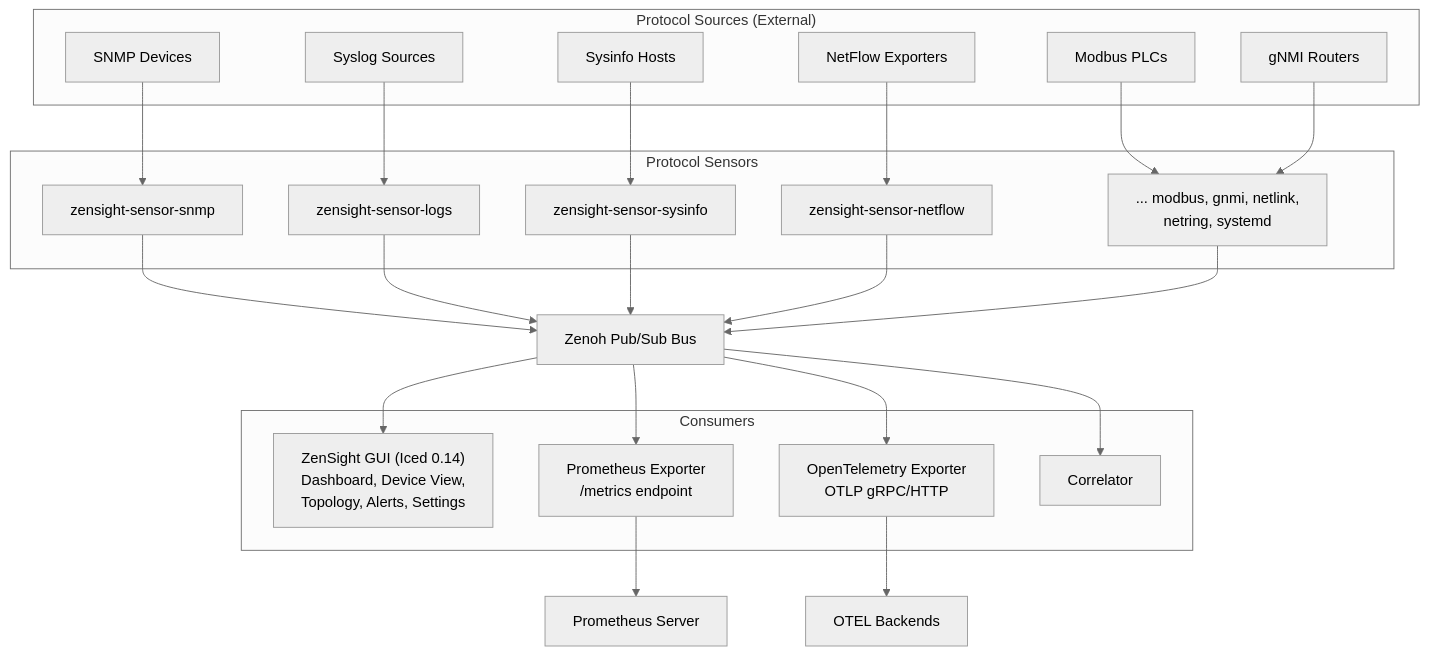
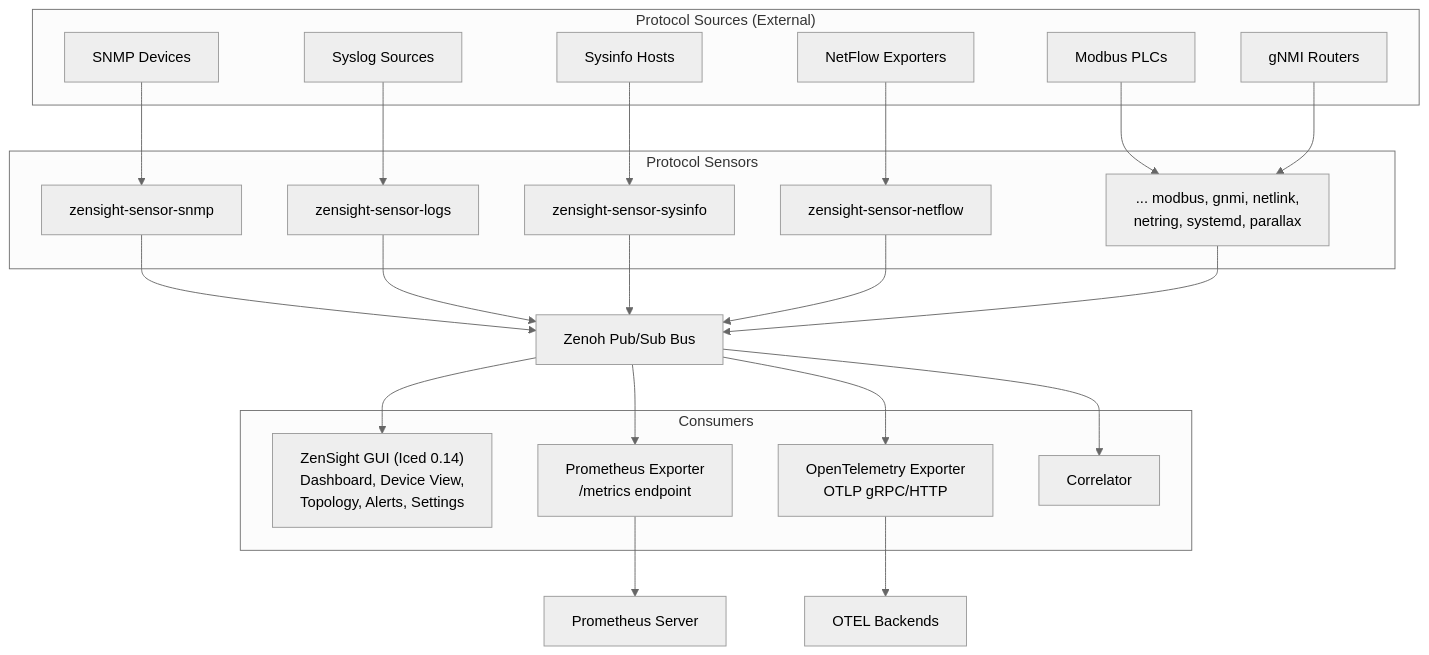
Before and after one commit to p13marc/zensight: the first of 8 diagrams in docs/ARCHITECTURE.md, drawn with Mermaid (neutral theme). The commit also changed other lines of this file and 2 other files, not shown here.

First line of the commit message:
docs: parallax sensor + media plane cross-references (#402)

````diff
--- a/docs/ARCHITECTURE.md
+++ b/docs/ARCHITECTURE.md
@@ -7,49 +7,49 @@
 ```mermaid
 flowchart TD
     subgraph Sources["Protocol Sources (External)"]
         SNMPDev["SNMP Devices"]
         SyslogSrc["Syslog Sources"]
         SysinfoHosts["Sysinfo Hosts"]
         NetFlowExp["NetFlow Exporters"]
         ModbusPLC["Modbus PLCs"]
         GnmiRouters["gNMI Routers"]
     end
 
     subgraph Sensors["Protocol Sensors"]
         SnmpSensor["zensight-sensor-snmp"]
         LogsSensor["zensight-sensor-logs"]
         SysinfoSensor["zensight-sensor-sysinfo"]
         NetflowSensor["zensight-sensor-netflow"]
-        OtherSensors["... modbus, gnmi, netlink,<br/>netring, systemd"]
+        OtherSensors["... modbus, gnmi, netlink,<br/>netring, systemd, parallax"]
     end
 
     SNMPDev --> SnmpSensor
     SyslogSrc --> LogsSensor
     SysinfoHosts --> SysinfoSensor
     NetFlowExp --> NetflowSensor
     ModbusPLC --> OtherSensors
     GnmiRouters --> OtherSensors
 
     Bus["Zenoh Pub/Sub Bus"]
 
     SnmpSensor --> Bus
     LogsSensor --> Bus
     SysinfoSensor --> Bus
     NetflowSensor --> Bus
     OtherSensors --> Bus
 
     subgraph Consumers["Consumers"]
         GUI["ZenSight GUI (Iced 0.14)<br/>Dashboard, Device View,<br/>Topology, Alerts, Settings"]
         Prom["Prometheus Exporter<br/>/metrics endpoint"]
         OTel["OpenTelemetry Exporter<br/>OTLP gRPC/HTTP"]
         Correlator["Correlator"]
     end
 
     Bus --> GUI
     Bus --> Prom
     Bus --> OTel
     Bus --> Correlator
 
     Prom --> PromServer["Prometheus Server"]
     OTel --> OTelBackend["OTEL Backends"]
 ```
````
